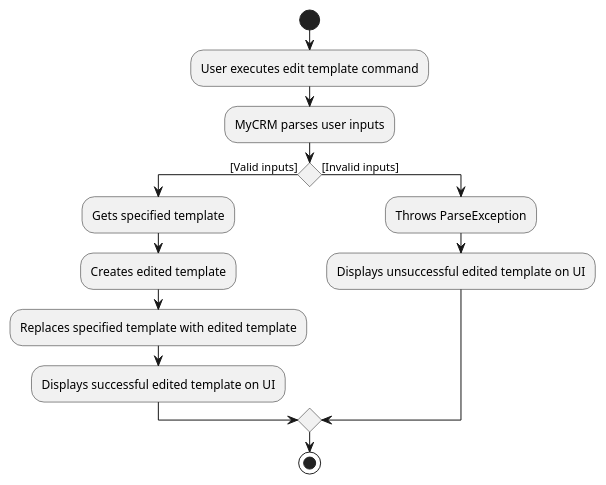
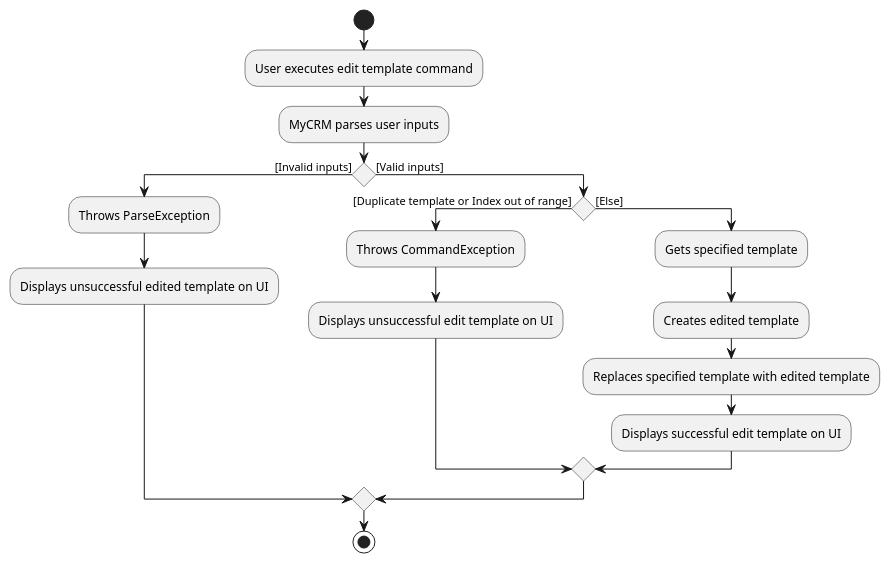
The diagram in docs/diagrams/mail/EditTemplateActivityDiagram.puml (ooawagaeri/tp), drawn with PlantUML before and after one commit. The commit also changed 14 other files, not shown here.

```diff
--- a/docs/diagrams/mail/EditTemplateActivityDiagram.puml
+++ b/docs/diagrams/mail/EditTemplateActivityDiagram.puml
@@ -1,16 +1,21 @@
 @startuml
 start
 :User executes edit template command;
 :MyCRM parses user inputs;
-if () then ([Valid inputs])
-    :Gets specified template;
-    :Creates edited template;
-    :Replaces specified template with edited template;
-    :Displays successful edited template on UI;
-else ([Invalid inputs])
+if () then ([Invalid inputs])
     :Throws ParseException;
     :Displays unsuccessful edited template on UI;
+else ([Valid inputs])
+    if () then ([Duplicate template or Index out of range])
+        :Throws CommandException;
+        :Displays unsuccessful edit template on UI;
+    else ([Else])
+        :Gets specified template;
+        :Creates edited template;
+        :Replaces specified template with edited template;
+        :Displays successful edit template on UI;
+    endif
 endif
 stop
 
 @enduml
```
